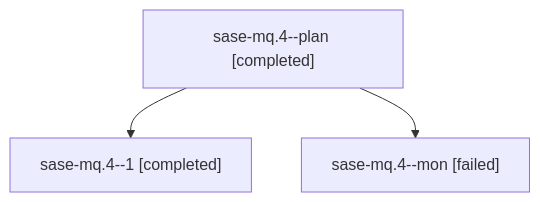
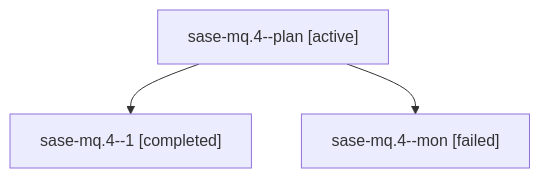
The diagram in families/bbugyi200.athena.sase-mq.4.md (sase-org/sase--agents), drawn with Mermaid before and after one commit. The commit also changed other lines of this file and 35830 other files, not shown here.

````diff
--- a/families/bbugyi200.athena.sase-mq.4.md
+++ b/families/bbugyi200.athena.sase-mq.4.md
@@ -9,8 +9,8 @@
 ```mermaid
 flowchart TD
-  n0["sase-mq.4--plan [completed]"]
+  n0["sase-mq.4--plan [active]"]
   n1["sase-mq.4--1 [completed]"]
   n0 --> n1
   n2["sase-mq.4--mon [failed]"]
   n0 --> n2
 ```
````
